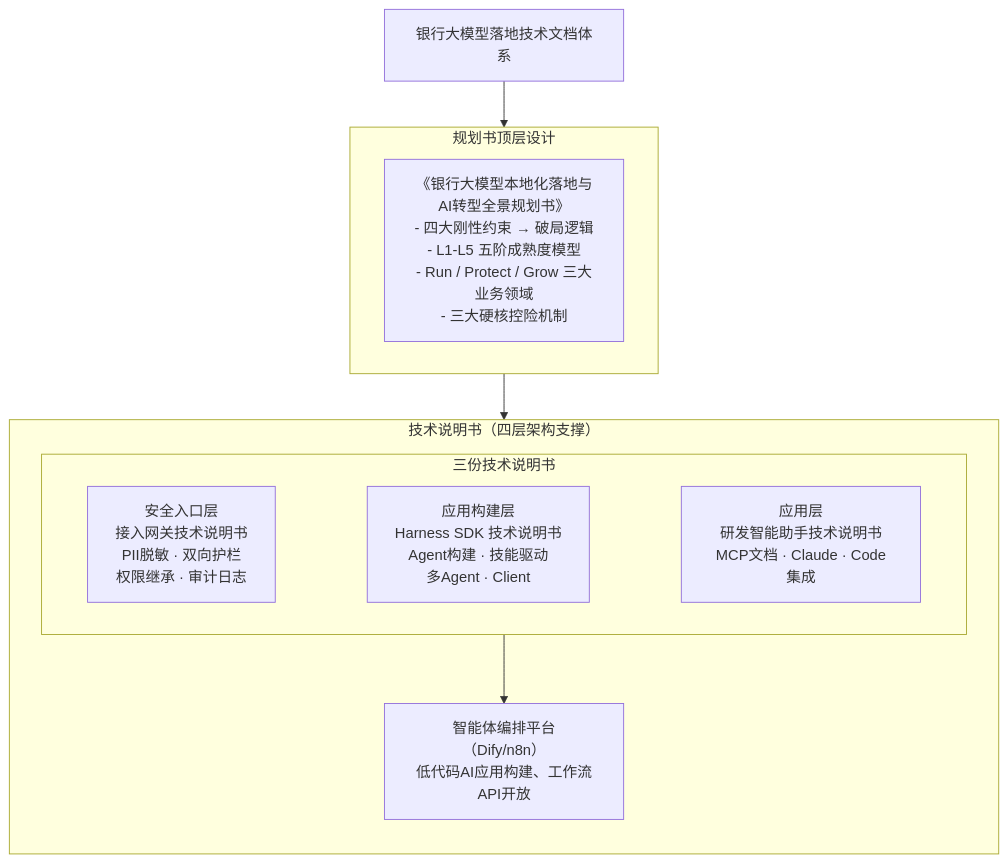
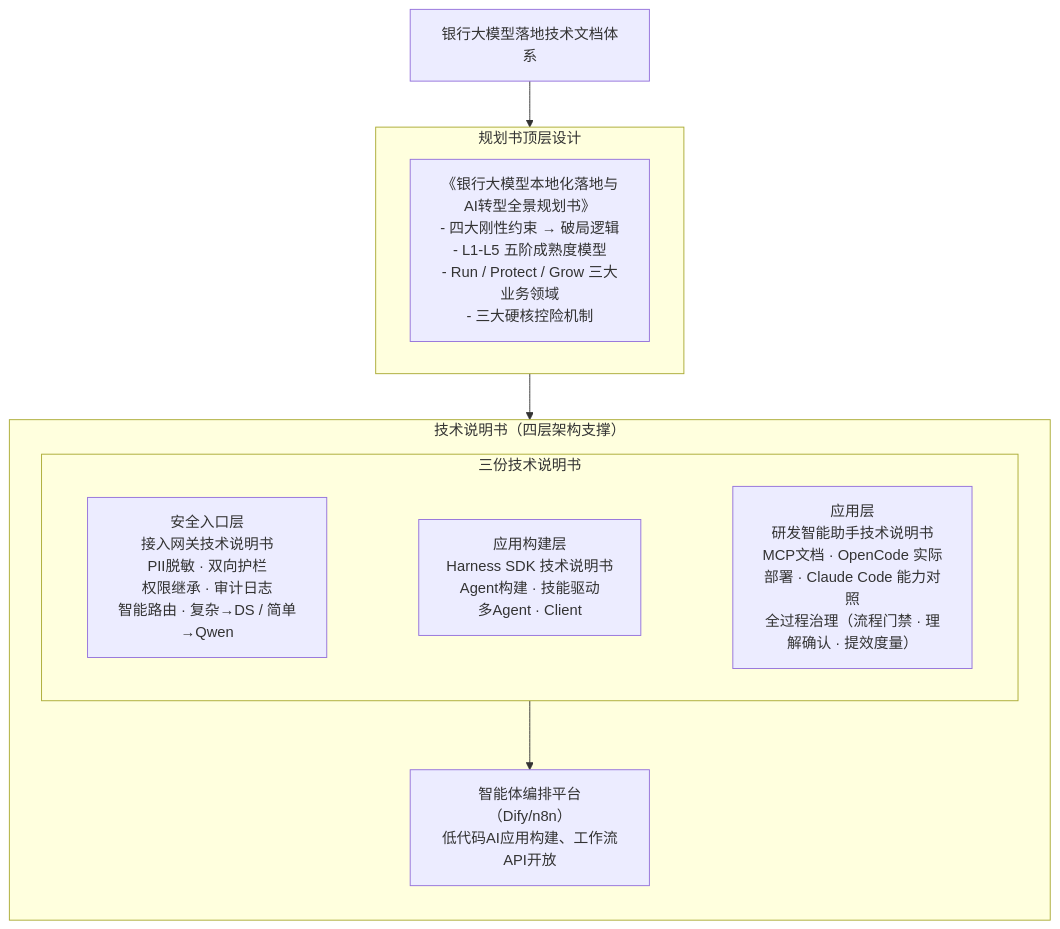
The diagram in README.md (wonglaitung/splan), drawn with Mermaid before and after one commit. The commit also changed other lines of this file and 4 other files, not shown here.

````diff
--- a/README.md
+++ b/README.md
@@ -7,20 +7,20 @@
 ```mermaid
 flowchart TB
     TOP["银行大模型落地技术文档体系"]
     subgraph PLAN["规划书顶层设计"]
         P["《银行大模型本地化落地与AI转型全景规划书》<br/>- 四大刚性约束 → 破局逻辑<br/>- L1-L5 五阶成熟度模型<br/>- Run / Protect / Grow 三大业务领域<br/>- 三大硬核控险机制"]
     end
     subgraph TECH["技术说明书（四层架构支撑）"]
         direction TB
         subgraph DOCS["三份技术说明书"]
             direction LR
-            SEC["安全入口层<br/>接入网关技术说明书<br/>PII脱敏 · 双向护栏<br/>权限继承 · 审计日志"]
+            SEC["安全入口层<br/>接入网关技术说明书<br/>PII脱敏 · 双向护栏<br/>权限继承 · 审计日志<br/>智能路由 · 复杂→DS / 简单→Qwen"]
             BUILD["应用构建层<br/>Harness SDK 技术说明书<br/>Agent构建 · 技能驱动<br/>多Agent · Client"]
-            APP["应用层<br/>研发智能助手技术说明书<br/>MCP文档 · Claude · Code集成"]
+            APP["应用层<br/>研发智能助手技术说明书<br/>MCP文档 · OpenCode 实际部署 · Claude Code 能力对照<br/>全过程治理（流程门禁 · 理解确认 · 提效度量）"]
             SEC ~~~ BUILD ~~~ APP
         end
         ORCH["智能体编排平台（Dify/n8n）<br/>低代码AI应用构建、工作流API开放"]
         DOCS --> ORCH
     end
     TOP --> PLAN --> TECH
 ```
````
